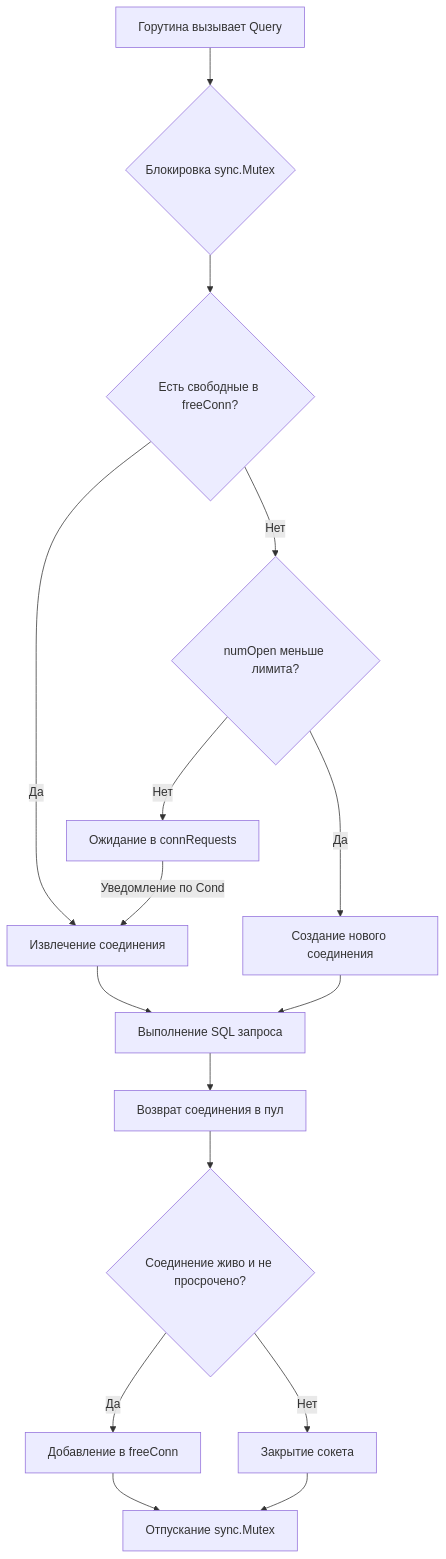
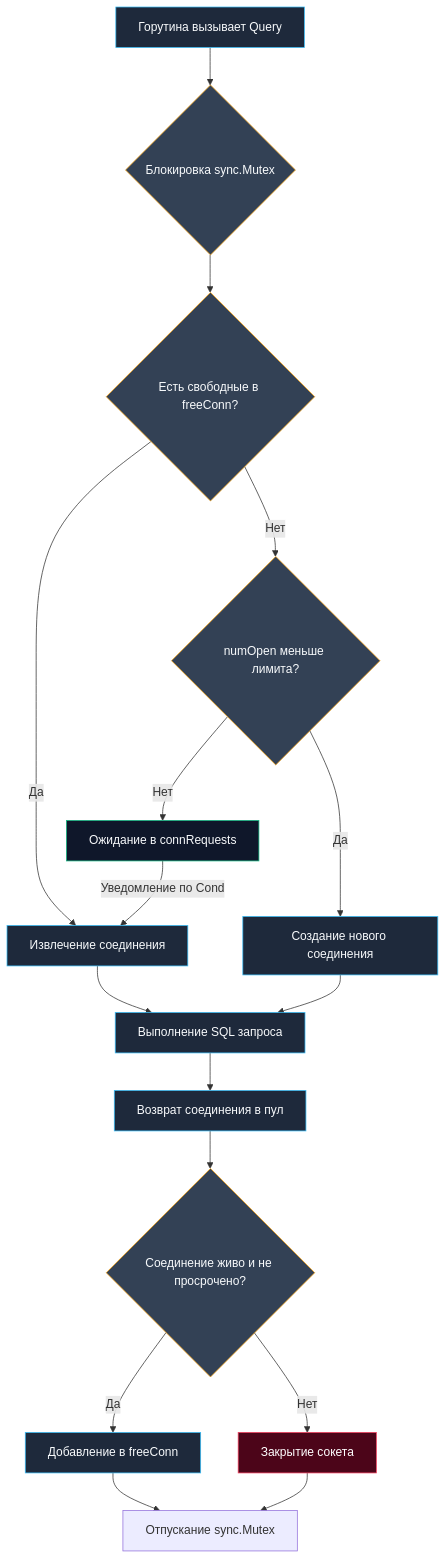
One commit to UnrealTemplier/go-textbook changed the diagram in sources/9. Бэкенд на Go (Практика разработки)/21. Работа с базой данных.md. Above: the diagram before and after it, drawn with Mermaid. The commit also changed other lines of this file, not shown here.

````diff
--- a/sources/9. Бэкенд на Go (Практика разработки)/21. Работа с базой данных.md
+++ b/sources/9. Бэкенд на Go (Практика разработки)/21. Работа с базой данных.md
@@ -45,18 +68,27 @@
 ```mermaid
 flowchart TD
     A["Горутина вызывает Query"] --> B{"Блокировка sync.Mutex"}
     B --> C{"Есть свободные в freeConn?"}
     C -->|Да| D["Извлечение соединения"]
     C -->|Нет| E{"numOpen меньше лимита?"}
     E -->|Да| F["Создание нового соединения"]
     E -->|Нет| G["Ожидание в connRequests"]
     D --> H["Выполнение SQL запроса"]
     F --> H
     G -->|"Уведомление по Cond"| D
     H --> I["Возврат соединения в пул"]
     I --> J{"Соединение живо и не просрочено?"}
     J -->|Да| K["Добавление в freeConn"]
     J -->|Нет| L["Закрытие сокета"]
     K --> M["Отпускание sync.Mutex"]
     L --> M
+
+    classDef normal fill:#1e293b,stroke:#38bdf8,color:#f8fafc;
+    classDef decision fill:#334155,stroke:#f59e0b,color:#f8fafc;
+    classDef action fill:#0f172a,stroke:#10b981,color:#f8fafc;
+    classDef term fill:#4c0519,stroke:#f43f5e,color:#ffffff;
+    class A,D,F,H,I,K normal;
+    class B,C,E,J decision;
+    class G action;
+    class L term;
 ```
````
